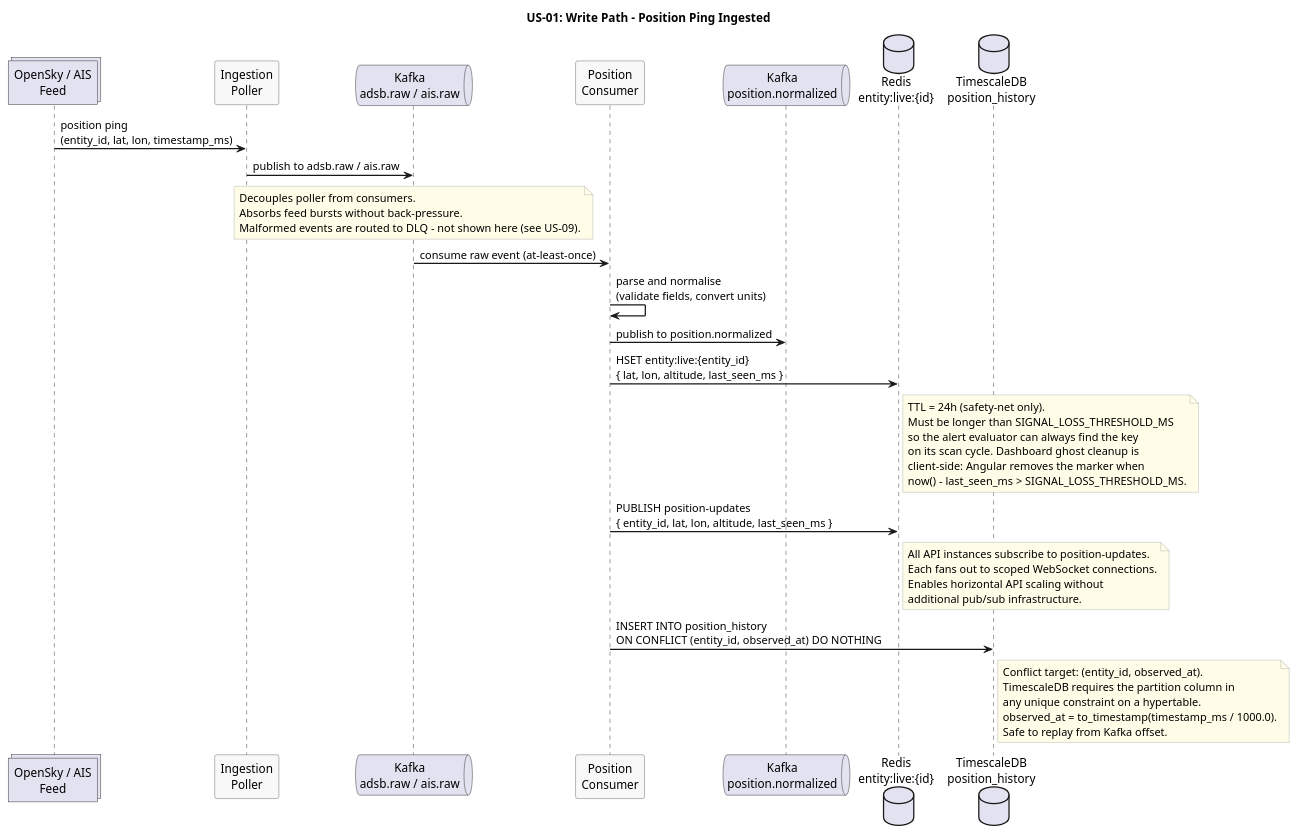
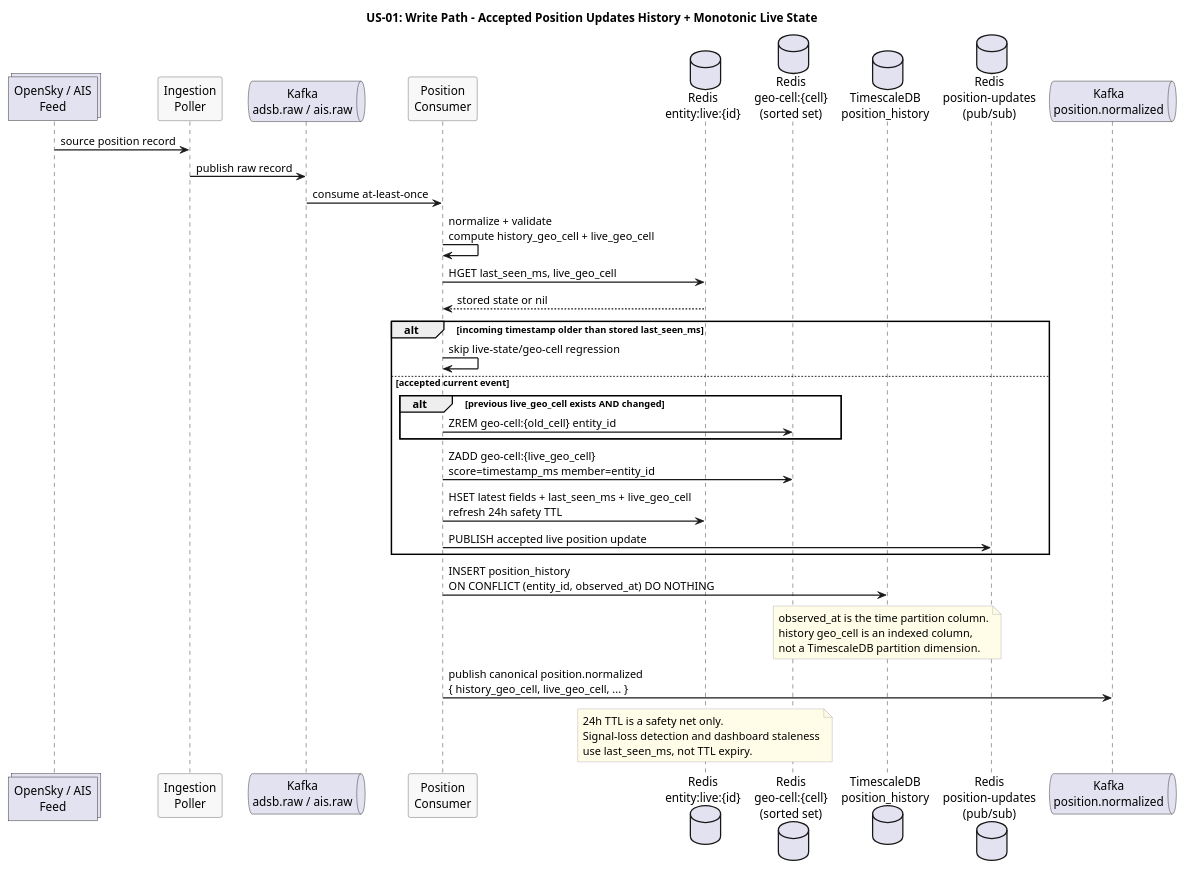
One commit to Buffden/sentinel changed the diagram in docs/use-cases/US-01-live-entity-tracking/write-path.puml. Above: the diagram before and after it, drawn with PlantUML. The commit also changed 7 other files, not shown here.

Commit message:
docs: fix remaining diagram contract drift

```diff
--- a/docs/use-cases/US-01-live-entity-tracking/write-path.puml
+++ b/docs/use-cases/US-01-live-entity-tracking/write-path.puml
@@ -1,61 +1,55 @@
 @startuml write-path
-title US-01: Write Path - Position Ping Ingested
+title US-01: Write Path - Accepted Position Updates History + Monotonic Live State
 
 skinparam sequenceArrowThickness 1.5
 skinparam participantBorderColor #555555
 skinparam participantBackgroundColor #F8F8F8
 skinparam noteBorderColor #AAAAAA
 skinparam noteBackgroundColor #FFFDE7
 
 collections "OpenSky / AIS\nFeed" as Feed
 participant "Ingestion\nPoller" as Poller
 queue "Kafka\nadsb.raw / ais.raw" as KafkaRaw
 participant "Position\nConsumer" as Consumer
+database "Redis\nentity:live:{id}" as LiveState
+database "Redis\ngeo-cell:{cell}\n(sorted set)" as GeoCell
+database "TimescaleDB\nposition_history" as TSDB
+database "Redis\nposition-updates\n(pub/sub)" as PositionUpdates
 queue "Kafka\nposition.normalized" as KafkaNorm
-database "Redis\nentity:live:{id}" as Redis
-database "TimescaleDB\nposition_history" as TSDB
 
-Feed -> Poller : position ping\n(entity_id, lat, lon, timestamp_ms)
-Poller -> KafkaRaw : publish to adsb.raw / ais.raw
+Feed -> Poller : source position record
+Poller -> KafkaRaw : publish raw record
+KafkaRaw -> Consumer : consume at-least-once
 
-note over KafkaRaw
-  Decouples poller from consumers.
-  Absorbs feed bursts without back-pressure.
-  Malformed events are routed to DLQ - not shown here (see US-09).
+Consumer -> Consumer : normalize + validate\ncompute history_geo_cell + live_geo_cell
+Consumer -> LiveState : HGET last_seen_ms, live_geo_cell
+LiveState --> Consumer : stored state or nil
+
+alt incoming timestamp older than stored last_seen_ms
+  Consumer -> Consumer : skip live-state/geo-cell regression
+else accepted current event
+  alt previous live_geo_cell exists AND changed
+    Consumer -> GeoCell : ZREM geo-cell:{old_cell} entity_id
+  end
+  Consumer -> GeoCell : ZADD geo-cell:{live_geo_cell}\nscore=timestamp_ms member=entity_id
+  Consumer -> LiveState : HSET latest fields + last_seen_ms + live_geo_cell\nrefresh 24h safety TTL
+  Consumer -> PositionUpdates : PUBLISH accepted live position update
+end
+
+Consumer -> TSDB : INSERT position_history\nON CONFLICT (entity_id, observed_at) DO NOTHING
+
+note over TSDB
+  observed_at is the time partition column.
+  history geo_cell is an indexed column,
+  not a TimescaleDB partition dimension.
 end note
 
-KafkaRaw -> Consumer : consume raw event (at-least-once)
-Consumer -> Consumer : parse and normalise\n(validate fields, convert units)
-Consumer -> KafkaNorm : publish to position.normalized
+Consumer -> KafkaNorm : publish canonical position.normalized\n{ history_geo_cell, live_geo_cell, ... }
 
-Consumer -> Redis : HSET entity:live:{entity_id}\n{ lat, lon, altitude, last_seen_ms }
-
-note right of Redis
-  TTL = 24h (safety-net only).
-  Must be longer than SIGNAL_LOSS_THRESHOLD_MS
-  so the alert evaluator can always find the key
-  on its scan cycle. Dashboard ghost cleanup is
-  client-side: Angular removes the marker when
-  now() - last_seen_ms > SIGNAL_LOSS_THRESHOLD_MS.
-end note
-
-Consumer -> Redis : PUBLISH position-updates\n{ entity_id, lat, lon, altitude, last_seen_ms }
-
-note right of Redis
-  All API instances subscribe to position-updates.
-  Each fans out to scoped WebSocket connections.
-  Enables horizontal API scaling without
-  additional pub/sub infrastructure.
-end note
-
-Consumer -> TSDB : INSERT INTO position_history\nON CONFLICT (entity_id, observed_at) DO NOTHING
-
-note right of TSDB
-  Conflict target: (entity_id, observed_at).
-  TimescaleDB requires the partition column in
-  any unique constraint on a hypertable.
-  observed_at = to_timestamp(timestamp_ms / 1000.0).
-  Safe to replay from Kafka offset.
+note over LiveState
+  24h TTL is a safety net only.
+  Signal-loss detection and dashboard staleness
+  use last_seen_ms, not TTL expiry.
 end note
 
 @enduml
```
